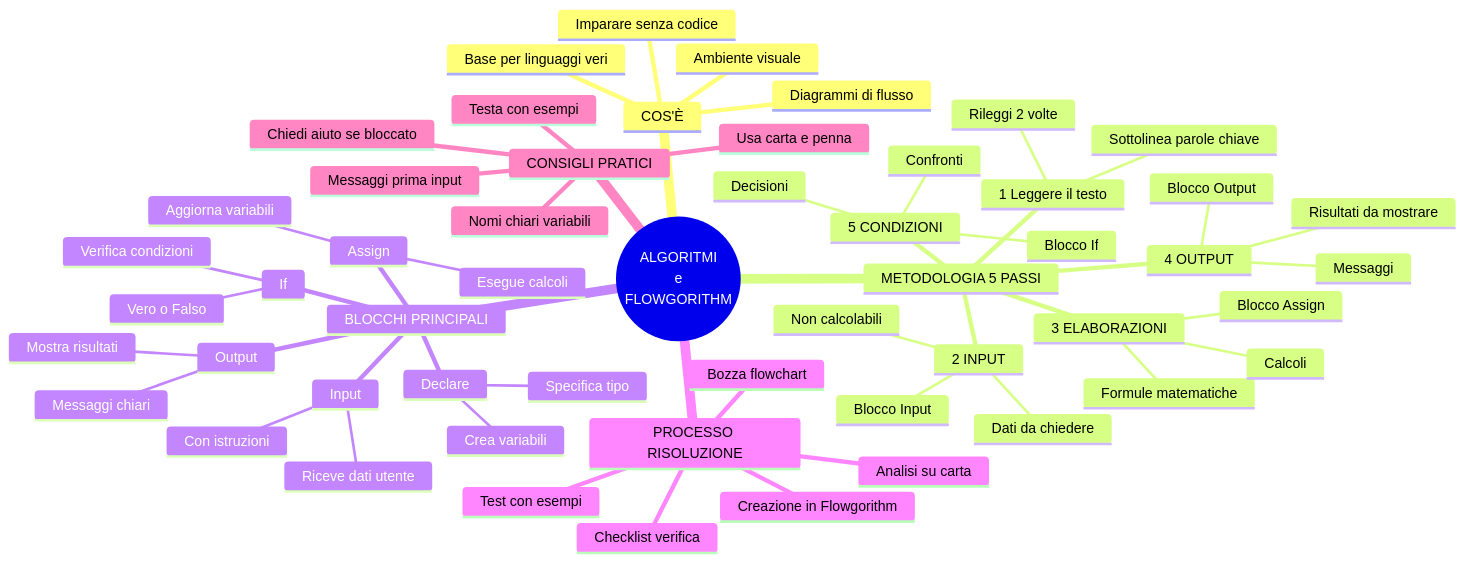
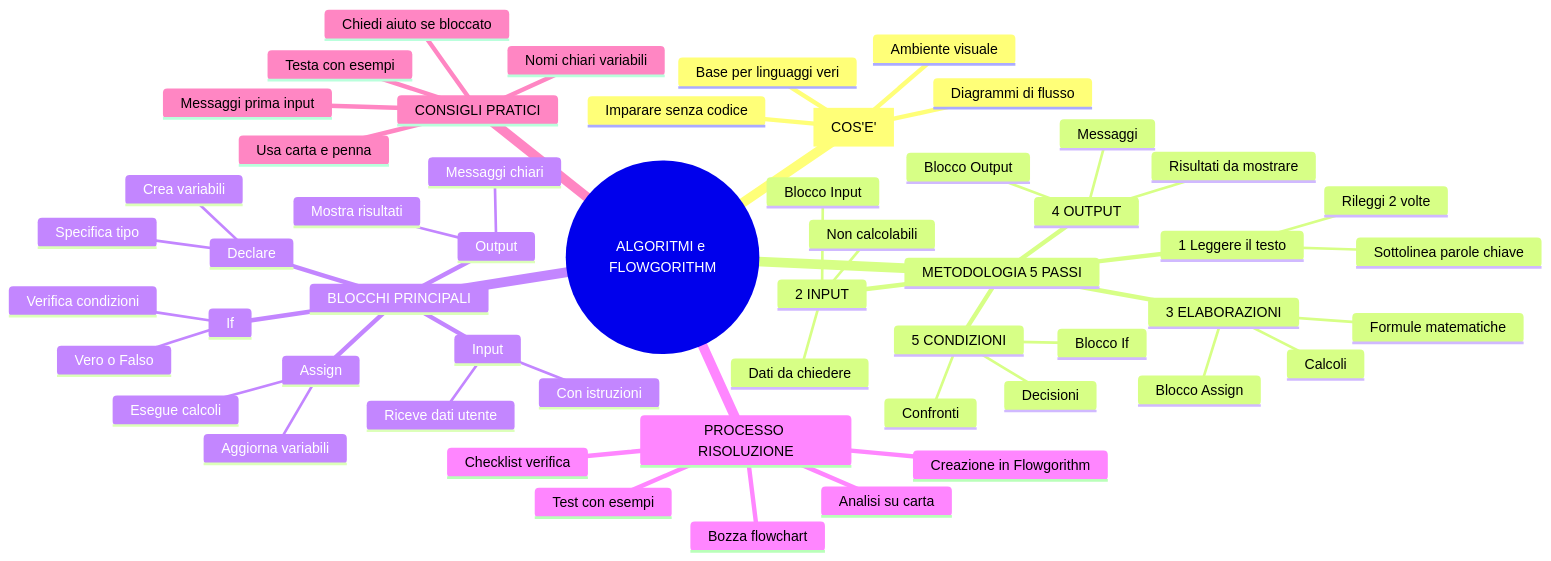
The first of 11 diagrams in docs/algocoding/01_flowgorithm.md (Federob/infohandouts), drawn with Mermaid before and after one commit. The commit also changed 26 other files, not shown here.

Commit message:
new mermaid

````diff
--- a/docs/algocoding/01_flowgorithm.md
+++ b/docs/algocoding/01_flowgorithm.md
@@ -35,57 +35,57 @@
 ```mermaid
 mindmap
-  root((ALGORITMI<br/>e<br/>FLOWGORITHM))
-    COS'È
+  root((ALGORITMI e FLOWGORITHM))
+    ["COS'E'"]
       Ambiente visuale
       Diagrammi di flusso
       Imparare senza codice
       Base per linguaggi veri
     METODOLOGIA 5 PASSI
       1 Leggere il testo
         Sottolinea parole chiave
         Rileggi 2 volte
       2 INPUT
         Dati da chiedere
         Non calcolabili
         Blocco Input
       3 ELABORAZIONI
         Formule matematiche
         Calcoli
         Blocco Assign
       4 OUTPUT
         Risultati da mostrare
         Messaggi
         Blocco Output
       5 CONDIZIONI
         Confronti
         Decisioni
         Blocco If
     BLOCCHI PRINCIPALI
       Declare
         Crea variabili
         Specifica tipo
       Input
         Riceve dati utente
         Con istruzioni
       Assign
         Esegue calcoli
         Aggiorna variabili
       Output
         Mostra risultati
         Messaggi chiari
       If
         Verifica condizioni
         Vero o Falso
     PROCESSO RISOLUZIONE
       Analisi su carta
       Checklist verifica
       Bozza flowchart
       Creazione in Flowgorithm
       Test con esempi
     CONSIGLI PRATICI
       Usa carta e penna
       Nomi chiari variabili
       Messaggi prima input
       Testa con esempi
       Chiedi aiuto se bloccato
 ```
````
